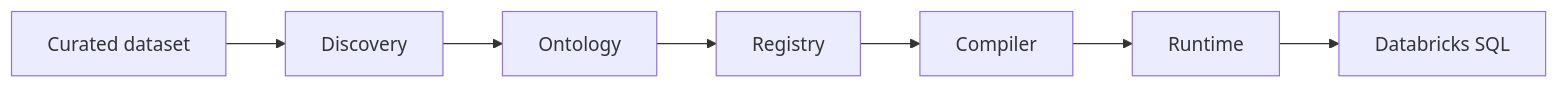
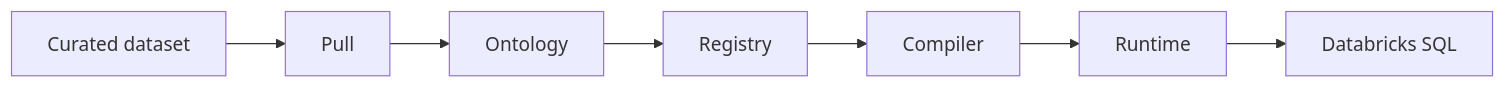
One commit to trybacked/anchor changed the second of 2 diagrams in README.md. Above: the diagram before and after it, drawn with Mermaid. The commit also changed other lines of this file and 50 other files, not shown here.

````diff
--- a/README.md
+++ b/README.md
@@ -59,9 +94,9 @@
 ```mermaid
 flowchart LR
-  dataset["Curated dataset"] --> discovery["Discovery"]
-  discovery --> ontology["Ontology"]
+  dataset["Curated dataset"] --> pull["Pull"]
+  pull --> ontology["Ontology"]
   ontology --> registry["Registry"]
   registry --> compiler["Compiler"]
   compiler --> runtime["Runtime"]
   runtime --> databricks["Databricks SQL"]
 ```
````
